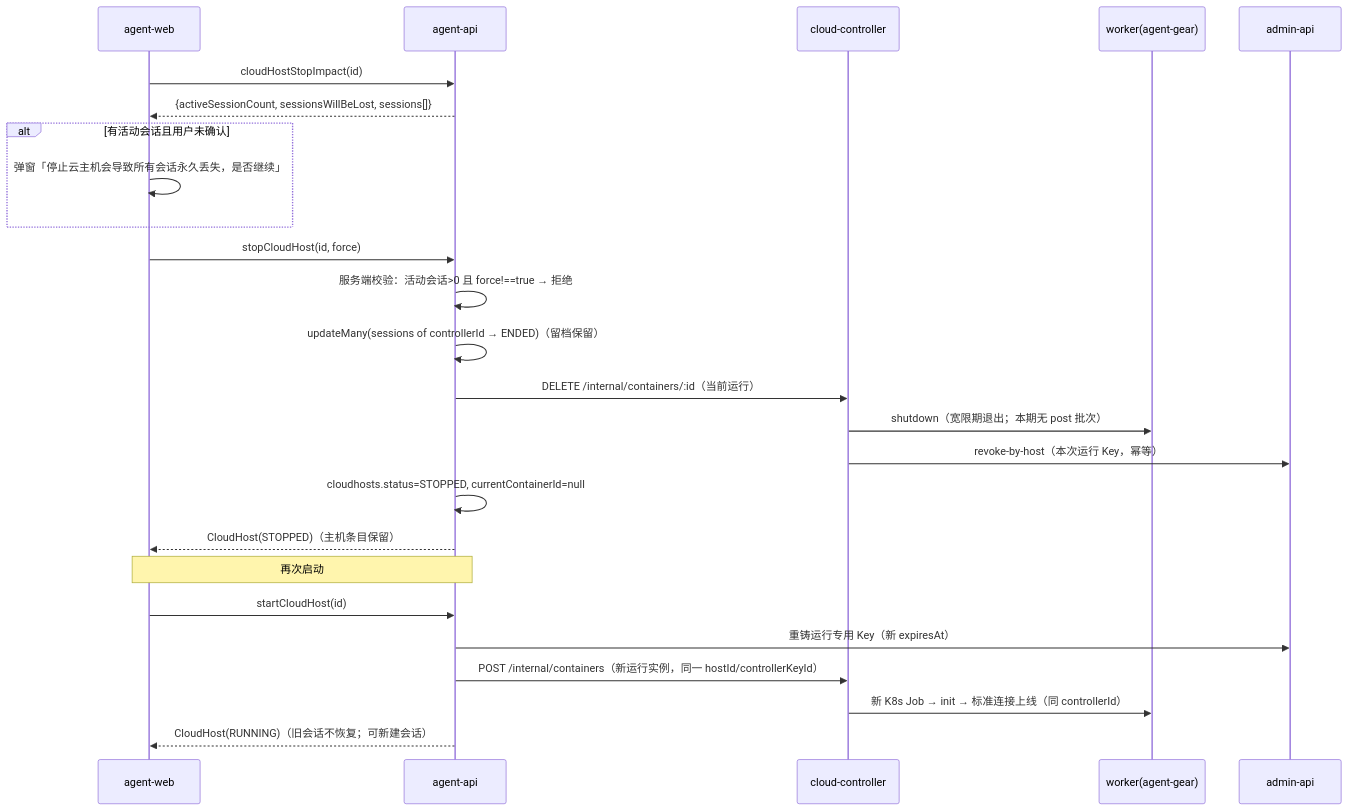
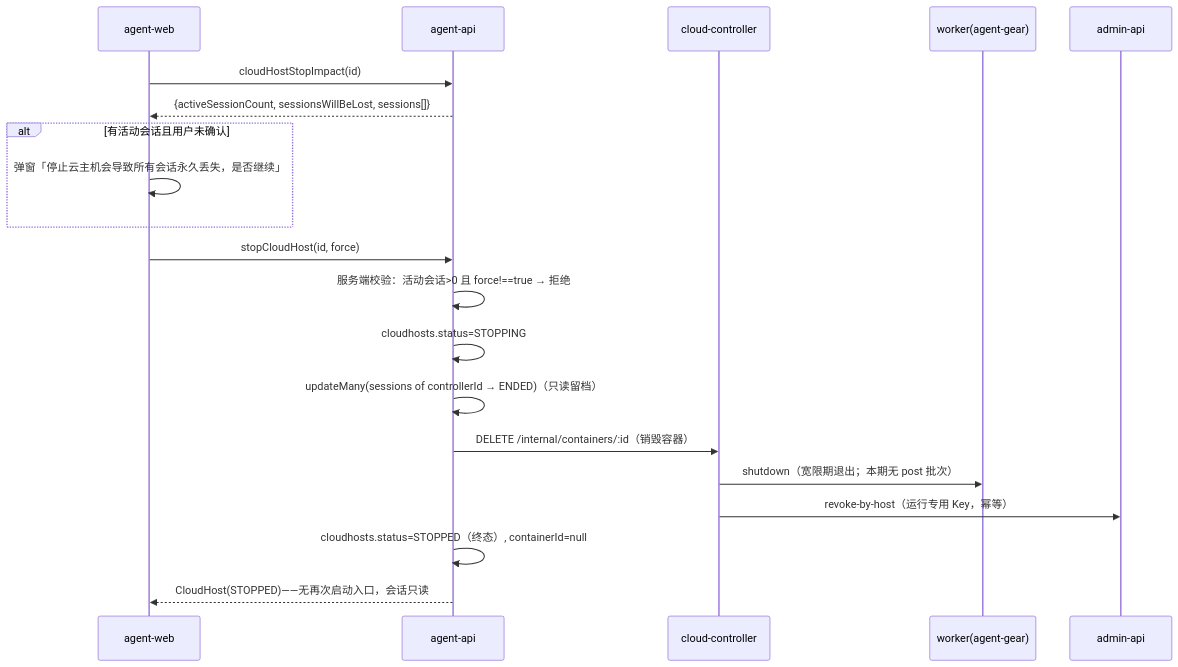
One commit to Deliay/z-agent-gear changed the fifth of 5 diagrams in docs/engineering/proposals/20261020-feat-container-harness-support.md. Above: the diagram before and after it, drawn with Mermaid. The commit also changed other lines of this file and 3 other files, not shown here.

````diff
--- a/docs/engineering/proposals/20261020-feat-container-harness-support.md
+++ b/docs/engineering/proposals/20261020-feat-container-harness-support.md
@@ -469,29 +476,23 @@
 ```mermaid
 sequenceDiagram
     participant AW as agent-web
     participant AA as agent-api
     participant CC as cloud-controller
     participant W as worker(agent-gear)
     participant AD as admin-api
 
     AW->>AA: cloudHostStopImpact(id)
     AA-->>AW: {activeSessionCount, sessionsWillBeLost, sessions[]}
     alt 有活动会话且用户未确认
         AW->>AW: 弹窗「停止云主机会导致所有会话永久丢失，是否继续」
     end
     AW->>AA: stopCloudHost(id, force)
     AA->>AA: 服务端校验：活动会话>0 且 force!==true → 拒绝
-    AA->>AA: updateMany(sessions of controllerId → ENDED)（留档保留）
-    AA->>CC: DELETE /internal/containers/:id（当前运行）
+    AA->>AA: cloudhosts.status=STOPPING
+    AA->>AA: updateMany(sessions of controllerId → ENDED)（只读留档）
+    AA->>CC: DELETE /internal/containers/:id（销毁容器）
     CC->>W: shutdown（宽限期退出；本期无 post 批次）
-    CC->>AD: revoke-by-host（本次运行 Key，幂等）
-    AA->>AA: cloudhosts.status=STOPPED, currentContainerId=null
-    AA-->>AW: CloudHost(STOPPED)（主机条目保留）
-
-    Note over AW,AA: 再次启动
-    AW->>AA: startCloudHost(id)
-    AA->>AD: 重铸运行专用 Key（新 expiresAt）
-    AA->>CC: POST /internal/containers（新运行实例，同一 hostId/controllerKeyId）
-    CC->>W: 新 K8s Job → init → 标准连接上线（同 controllerId）
-    AA-->>AW: CloudHost(RUNNING)（旧会话不恢复；可新建会话）
+    CC->>AD: revoke-by-host（运行专用 Key，幂等）
+    AA->>AA: cloudhosts.status=STOPPED（终态）, containerId=null
+    AA-->>AW: CloudHost(STOPPED)——无再次启动入口，会话只读
 ```
````
